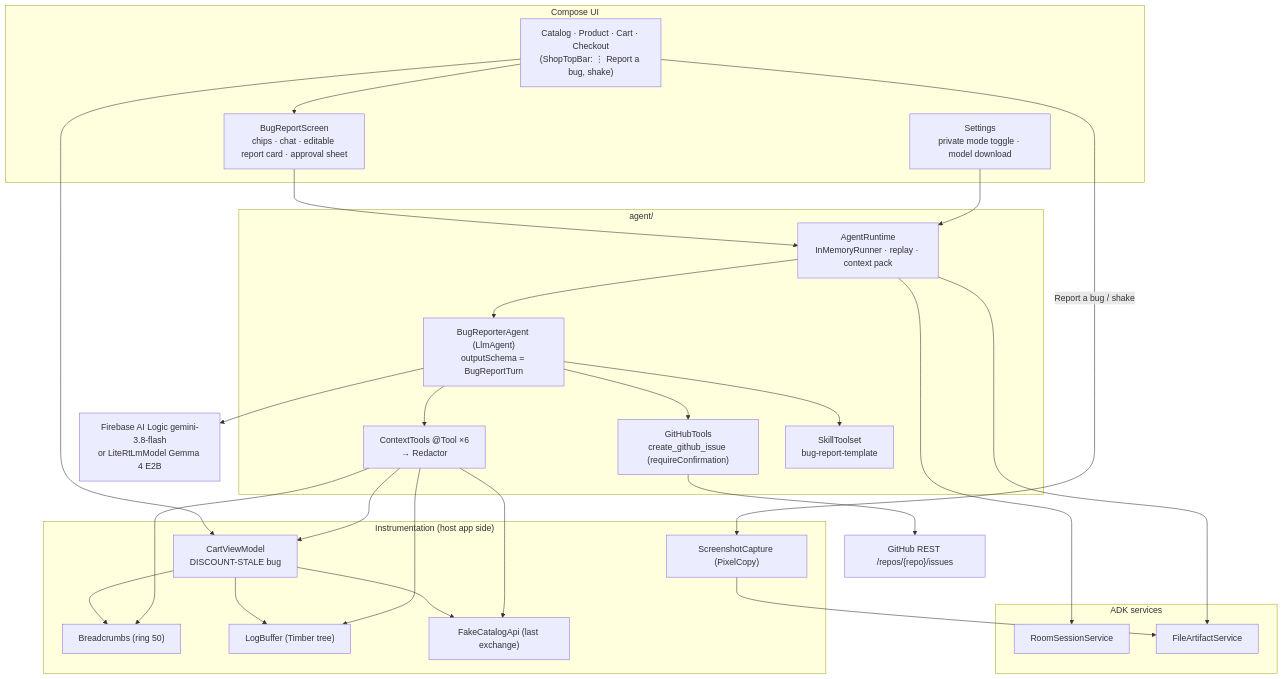
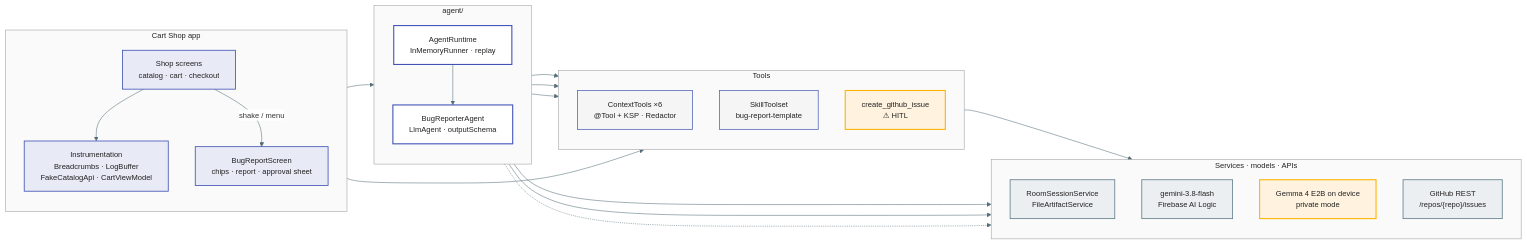
One commit to ykro/cart-shop-demo changed the first of 2 diagrams in README.md. Above: the diagram before and after it, drawn with Mermaid. The commit also changed other lines of this file, not shown here.

Commit message:
Redesign README Mermaid diagrams for readability on GitHub
Left-to-right layered flowcharts with per-app color classes that read in light and
dark themes, fewer edges, HITL tools and on-device models highlighted; sequence
diagrams get autonumber, notes and approve/cancel branches.

Claude-Session: https://claude.ai/code/session_01CG2TEoiKTQVJWCuS4cZA8s

````diff
--- a/README.md
+++ b/README.md
@@ -27,38 +27,52 @@
 ```mermaid
-flowchart TB
-  subgraph UI["Compose UI"]
-    Shop["Catalog · Product · Cart · Checkout\n(ShopTopBar: ⋮ Report a bug, shake)"]
-    BR["BugReportScreen\nchips · chat · editable report card · approval sheet"]
-    Settings["Settings\nprivate mode toggle · model download"]
+%%{init: {'theme':'base','themeVariables': {'lineColor':'#546E7A','textColor':'#212121','edgeLabelBackground':'#FFFFFF','fontSize':'14px'},'flowchart': {'wrappingWidth': 320}}}%%
+flowchart LR
+  subgraph HOST["Cart Shop app"]
+    direction TB
+    Shop["Shop screens<br/>catalog · cart · checkout"]
+    BR["BugReportScreen<br/>chips · report · approval sheet"]
+    Instr["Instrumentation<br/>Breadcrumbs · LogBuffer<br/>FakeCatalogApi · CartViewModel"]
   end
-  subgraph Instr["Instrumentation (host app side)"]
-    Crumbs["Breadcrumbs (ring 50)"]
-    Logs["LogBuffer (Timber tree)"]
-    Api["FakeCatalogApi (last exchange)"]
-    Shot["ScreenshotCapture (PixelCopy)"]
-    VM["CartViewModel\nDISCOUNT-STALE bug"]
+  subgraph AGENT["agent/"]
+    direction TB
+    RT["AgentRuntime<br/>InMemoryRunner · replay"]
+    AG["BugReporterAgent<br/>LlmAgent · outputSchema"]
   end
-  subgraph Agent["agent/"]
-    RT["AgentRuntime\nInMemoryRunner · replay · context pack"]
-    AG["BugReporterAgent (LlmAgent)\noutputSchema = BugReportTurn"]
-    CT["ContextTools @Tool ×6\n→ Redactor"]
-    GT["GitHubTools\ncreate_github_issue (requireConfirmation)"]
-    SK["SkillToolset\nbug-report-template"]
+  subgraph TOOLS["Tools"]
+    direction TB
+    CT["ContextTools ×6<br/>@Tool + KSP · Redactor"]
+    SK["SkillToolset<br/>bug-report-template"]
+    GT["create_github_issue<br/>⚠︎ HITL"]
   end
-  subgraph Services["ADK services"]
-    Room["RoomSessionService"]
-    Art["FileArtifactService"]
+  subgraph EXT["Services · models · APIs"]
+    direction TB
+    Svc["RoomSessionService<br/>FileArtifactService"]
+    Model["gemini-3.8-flash<br/>Firebase AI Logic"]
+    Local["Gemma 4 E2B on device<br/>private mode"]
+    GH["GitHub REST<br/>/repos/{repo}/issues"]
   end
-  Models["Firebase AI Logic gemini-3.8-flash\nor LiteRtLmModel Gemma 4 E2B"]
-  GH["GitHub REST /repos/{repo}/issues"]
 
-  Shop --> VM --> Crumbs & Logs & Api
-  Shop -- Report a bug / shake --> Shot --> Art
-  Shop --> BR --> RT
-  Settings --> RT
-  RT --> AG --> CT & GT & SK
-  CT --> Crumbs & Logs & Api & VM
+  Shop --> Instr
+  Shop -- shake / menu --> BR --> RT --> AG
+  Instr --> CT
+  AG --> CT & SK & GT
+  RT --> Svc
+  AG --> Model
+  AG -.-> Local
   GT --> GH
-  AG --> Models
-  RT --> Room & Art
+
+  classDef ui fill:#E8EAF6,stroke:#3F51B5,stroke-width:1.5px,color:#212121
+  classDef agent fill:#FFFFFF,stroke:#3F51B5,stroke-width:2px,color:#212121
+  classDef tool fill:#F5F5F5,stroke:#5C6BC0,stroke-width:1.5px,color:#212121
+  classDef ext fill:#ECEFF1,stroke:#607D8B,stroke-width:1.5px,color:#212121
+  classDef accent fill:#FFF3E0,stroke:#FFB300,stroke-width:2px,color:#212121
+  class Shop,BR,Instr ui
+  class RT,AG agent
+  class CT,SK tool
+  class Svc,Model,GH ext
+  class GT,Local accent
+  style HOST fill:#FAFAFA,stroke:#9E9E9E,color:#212121
+  style AGENT fill:#FAFAFA,stroke:#9E9E9E,color:#212121
+  style TOOLS fill:#FAFAFA,stroke:#9E9E9E,color:#212121
+  style EXT fill:#FAFAFA,stroke:#9E9E9E,color:#212121
 ```
````
